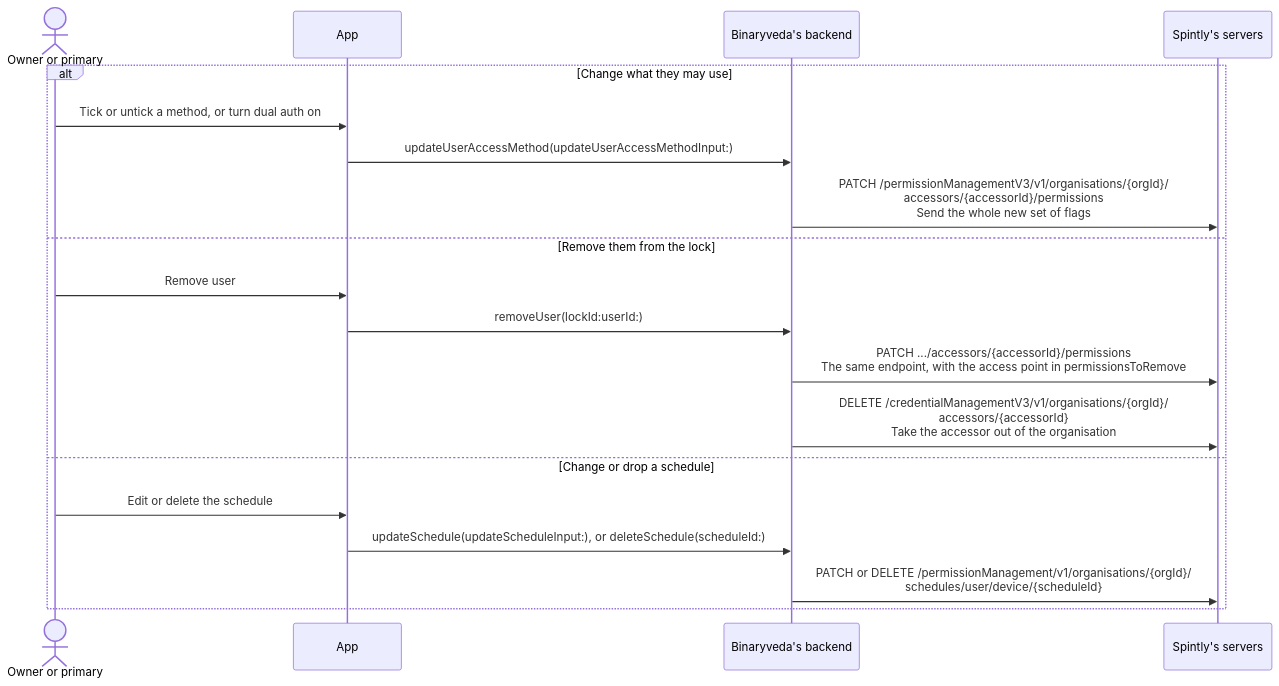
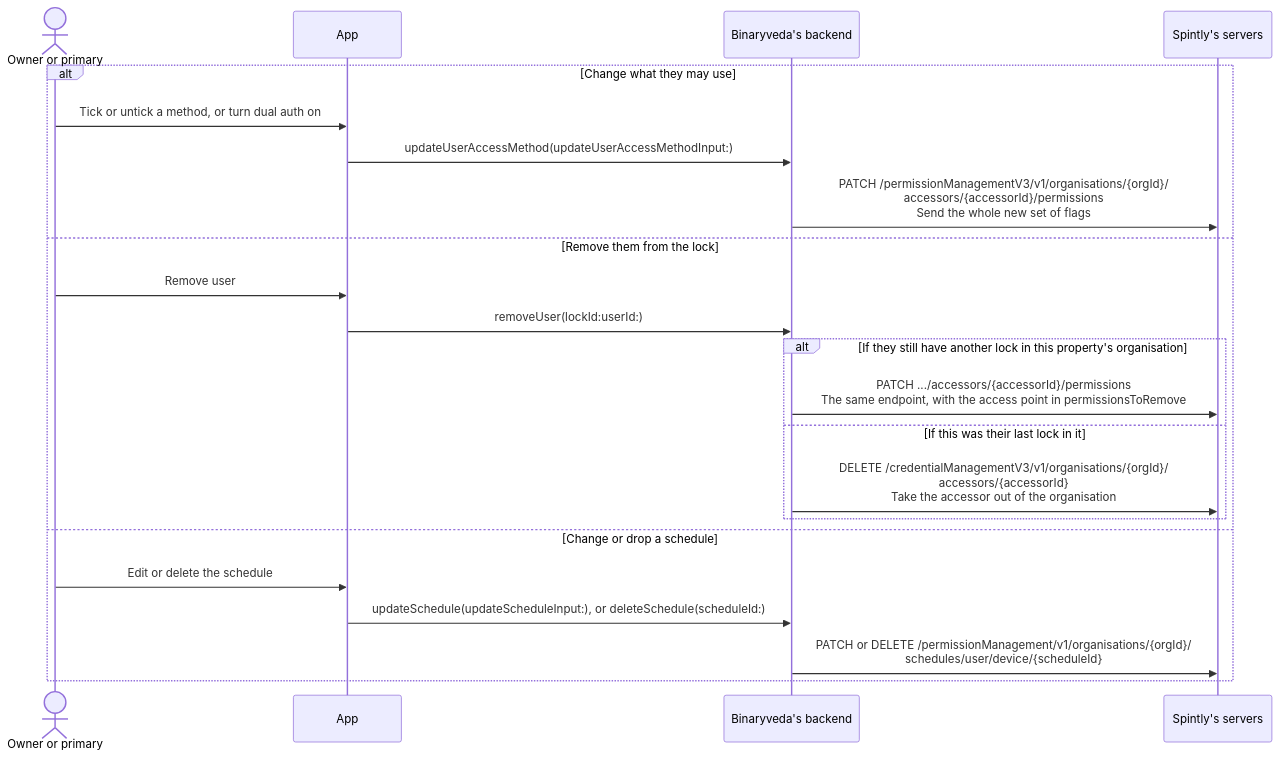
Before and after one commit to Yash-Wadatkar-Binaryveda/sdk-docs-site: diagram 11 of 11 in docs/user-management.md, drawn with Mermaid. The commit also changed other lines of this file and 11 other files, not shown here.

````diff
--- a/docs/user-management.md
+++ b/docs/user-management.md
@@ -426,22 +426,25 @@
 ```mermaid
 sequenceDiagram
     actor O as Owner or primary
     participant A as App
     participant B as Binaryveda's backend
     participant S as Spintly's servers
 
     alt Change what they may use
         O->>A: Tick or untick a method, or turn dual auth on
         A->>B: updateUserAccessMethod(updateUserAccessMethodInput:)
         B->>S: PATCH /permissionManagementV3/v1/organisations/{orgId}/<br/>accessors/{accessorId}/permissions<br/>Send the whole new set of flags
     else Remove them from the lock
         O->>A: Remove user
         A->>B: removeUser(lockId:userId:)
-        B->>S: PATCH .../accessors/{accessorId}/permissions<br/>The same endpoint, with the access point in permissionsToRemove
-        B->>S: DELETE /credentialManagementV3/v1/organisations/{orgId}/<br/>accessors/{accessorId}<br/>Take the accessor out of the organisation
+        alt If they still have another lock in this property's organisation
+            B->>S: PATCH .../accessors/{accessorId}/permissions<br/>The same endpoint, with the access point in permissionsToRemove
+        else If this was their last lock in it
+            B->>S: DELETE /credentialManagementV3/v1/organisations/{orgId}/<br/>accessors/{accessorId}<br/>Take the accessor out of the organisation
+        end
     else Change or drop a schedule
         O->>A: Edit or delete the schedule
         A->>B: updateSchedule(updateScheduleInput:), or deleteSchedule(scheduleId:)
         B->>S: PATCH or DELETE /permissionManagement/v1/organisations/{orgId}/<br/>schedules/user/device/{scheduleId}
     end
 ```
````
